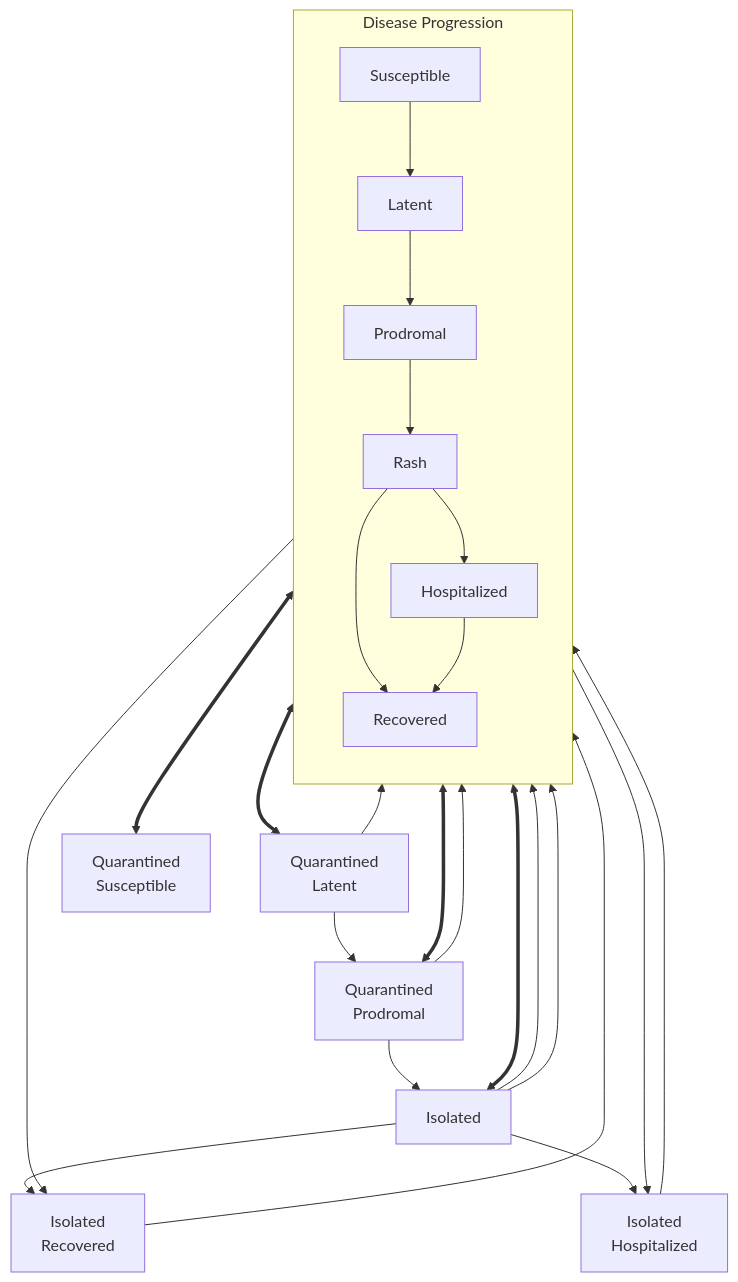
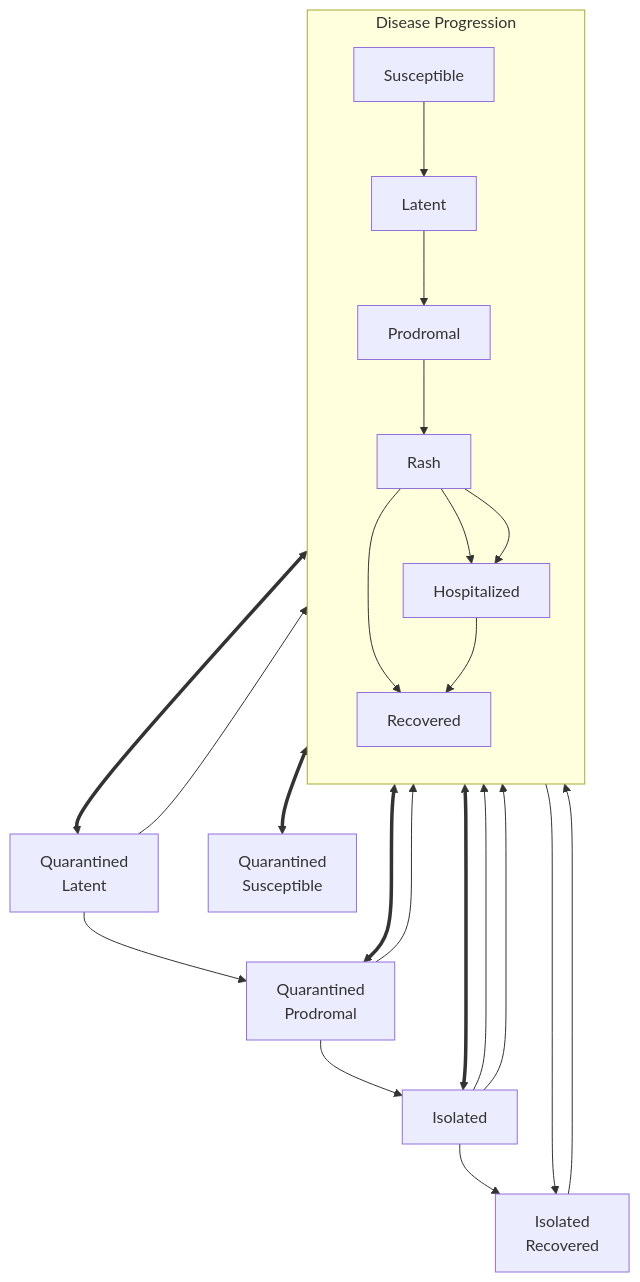
One commit to UofUEpiBio/epiworld changed the diagram in include/epiworld/models/measlesmixing.mmd. Above: the diagram before and after it, drawn with Mermaid. The commit also changed 28 other files, not shown here.

```diff
--- a/include/epiworld/models/measlesmixing.mmd
+++ b/include/epiworld/models/measlesmixing.mmd
@@ -1,57 +1,54 @@
 flowchart TB
 
     %% Disease progression states
     subgraph Main[Disease Progression]
         direction TB
         S[Susceptible]
         E[Latent]
         P[Prodromal]
         Ra[Rash]
         Re[Recovered]
         H[Hospitalized]
     end
 
     S --> E
     E --> P
     P --> Ra
     Ra --> Re
     
     Ra --> H
     H --> Re
 
     %% Quarantine states
     Qe[Quarantined<br>Latent]
     Qs[Quarantined<br>Susceptible]
     Qp[Quarantined<br>Prodromal]
     I[Isolated]
-    Ih[Isolated<br>Hospitalized]
     Ir[Isolated<br>Recovered]
 
     %% Prodromal updates
     P <==> Qp
 
     %% Rash updates
     Ra <==> I
     Ra --> Ir
-    Ra --> Ih
+    Ra --> H
 
     %% Isolation process
     I --> Re
     I --> Ir
-    I --> Ih
     I --> H
 
-    %% Ih --> Ir
-    Ih --> Re
+    %% Isolation recoveries
     Ir --> Re
 
     %% Quarantine process
     S <==> Qs
 
     %% Quarantine Latent
     Qe --> Qp
     Qe --> P
     E <==> Qe
 
     Qp --> I
     Qp --> Ra
```
